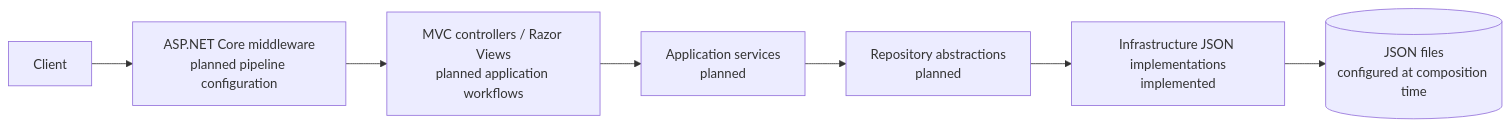
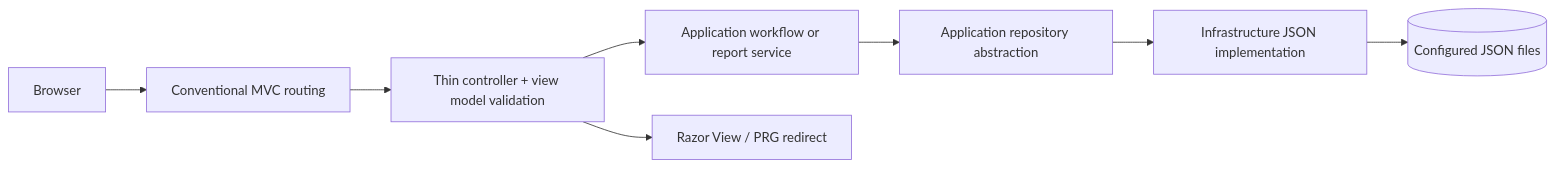
Diagram 21 of 22 in DESIGN.md (NarendraDappili/ApexPostLogisticsRepo), drawn with Mermaid before and after one commit. The commit also changed other lines of this file and 30 other files, not shown here.

````diff
--- a/DESIGN.md
+++ b/DESIGN.md
@@ -337,9 +335,10 @@
 ```mermaid
 flowchart LR
-    Client[Client] --> Middleware[ASP.NET Core middleware<br/>planned pipeline configuration]
-    Middleware --> Controller[MVC controllers / Razor Views<br/>planned application workflows]
-    Controller --> AppService[Application services<br/>planned]
-    AppService --> Repository[Repository abstractions<br/>planned]
-    Repository --> Infrastructure[Infrastructure JSON implementations<br/>implemented]
-    Infrastructure --> Files[(JSON files<br/>configured at composition time)]
+    Client[Browser] --> Routing[Conventional MVC routing]
+    Routing --> Controller[Thin controller + view model validation]
+    Controller --> AppService[Application workflow or report service]
+    AppService --> Repository[Application repository abstraction]
+    Repository --> Infrastructure[Infrastructure JSON implementation]
+    Infrastructure --> Files[(Configured JSON files)]
+    Controller --> Razor[Razor View / PRG redirect]
 ```
````
